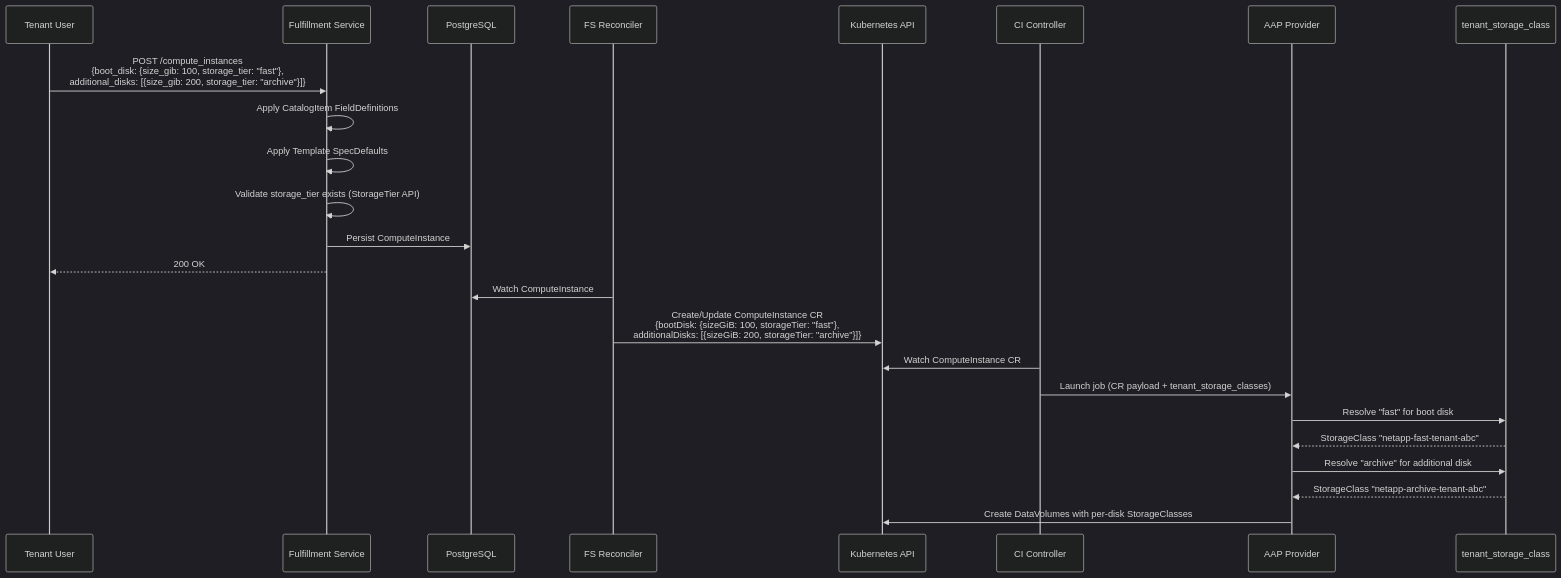
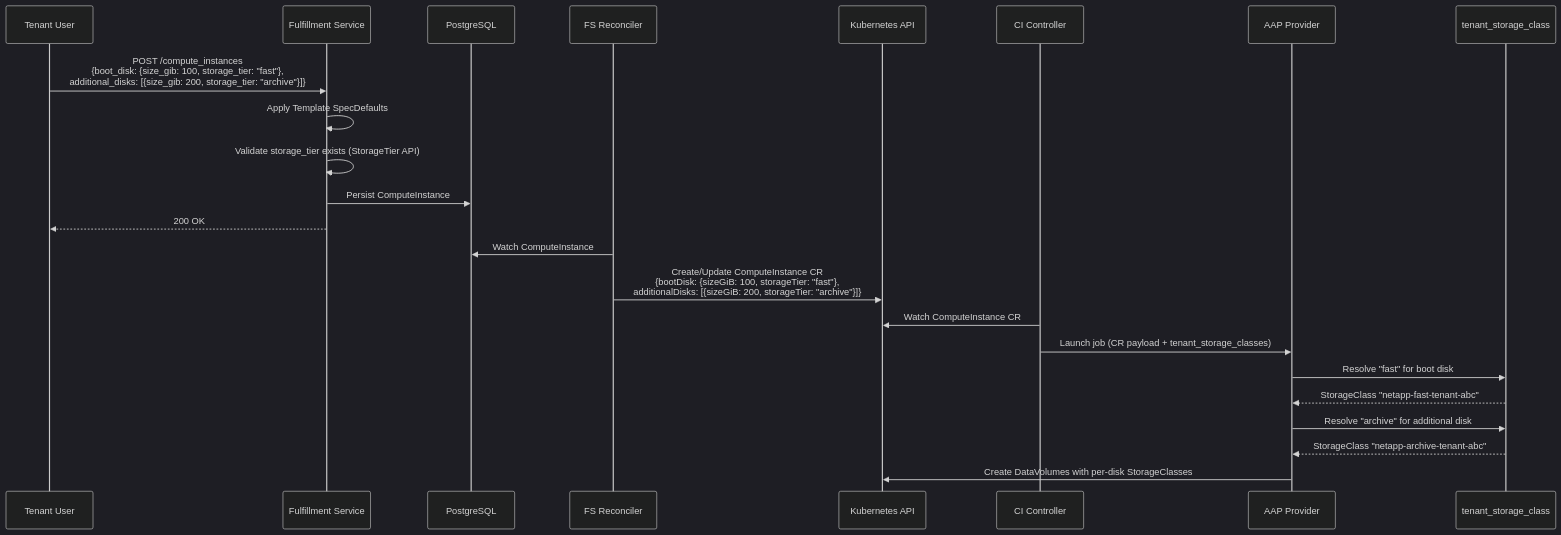
One commit to osac-project/enhancement-proposals changed the first of 2 diagrams in enhancements/OSAC-1710-storage-tier-selection/design.md. Above: the diagram before and after it, drawn with Mermaid (dark theme). The commit also changed other lines of this file and 11 other files, not shown here.

````diff
--- a/enhancements/OSAC-1710-storage-tier-selection/design.md
+++ b/enhancements/OSAC-1710-storage-tier-selection/design.md
@@ -154,30 +133,29 @@
 ```mermaid
 sequenceDiagram
     participant User as Tenant User
     participant FS as Fulfillment Service
     participant DB as PostgreSQL
     participant Reconciler as FS Reconciler
     participant K8s as Kubernetes API
     participant Op as CI Controller
     participant AAP as AAP Provider
     participant Role as tenant_storage_class
 
     User->>FS: POST /compute_instances<br/>{boot_disk: {size_gib: 100, storage_tier: "fast"},<br/>additional_disks: [{size_gib: 200, storage_tier: "archive"}]}
-    FS->>FS: Apply CatalogItem FieldDefinitions
     FS->>FS: Apply Template SpecDefaults
     FS->>FS: Validate storage_tier exists (StorageTier API)
     FS->>DB: Persist ComputeInstance
     FS-->>User: 200 OK
 
     Reconciler->>DB: Watch ComputeInstance
     Reconciler->>K8s: Create/Update ComputeInstance CR<br/>{bootDisk: {sizeGiB: 100, storageTier: "fast"},<br/>additionalDisks: [{sizeGiB: 200, storageTier: "archive"}]}
 
     Op->>K8s: Watch ComputeInstance CR
     Op->>AAP: Launch job (CR payload + tenant_storage_classes)
 
     AAP->>Role: Resolve "fast" for boot disk
     Role-->>AAP: StorageClass "netapp-fast-tenant-abc"
     AAP->>Role: Resolve "archive" for additional disk
     Role-->>AAP: StorageClass "netapp-archive-tenant-abc"
     AAP->>K8s: Create DataVolumes with per-disk StorageClasses
 ```
````
